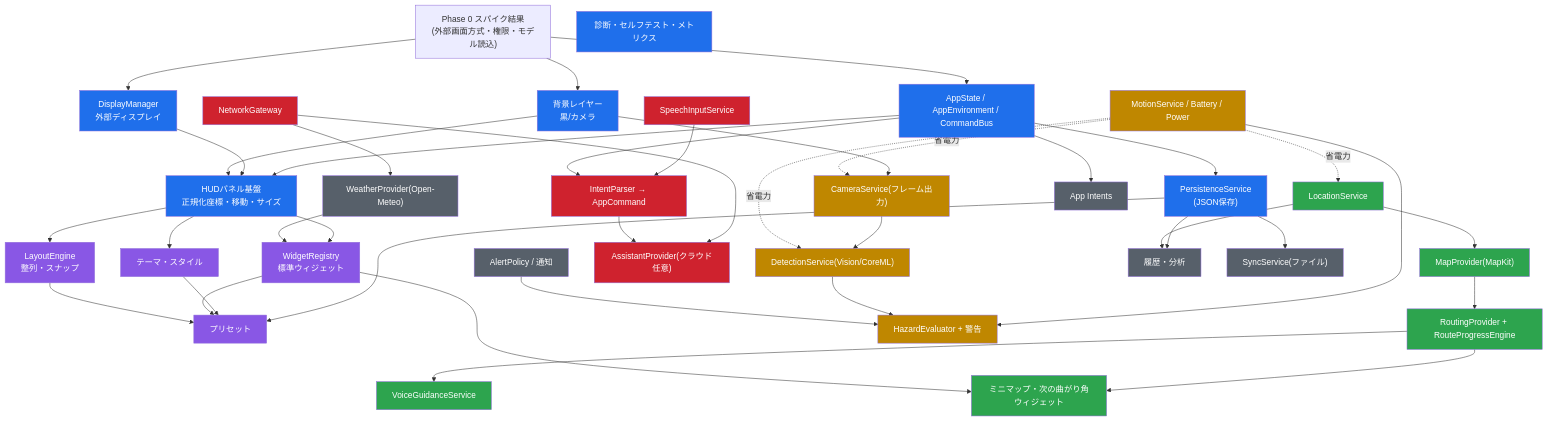
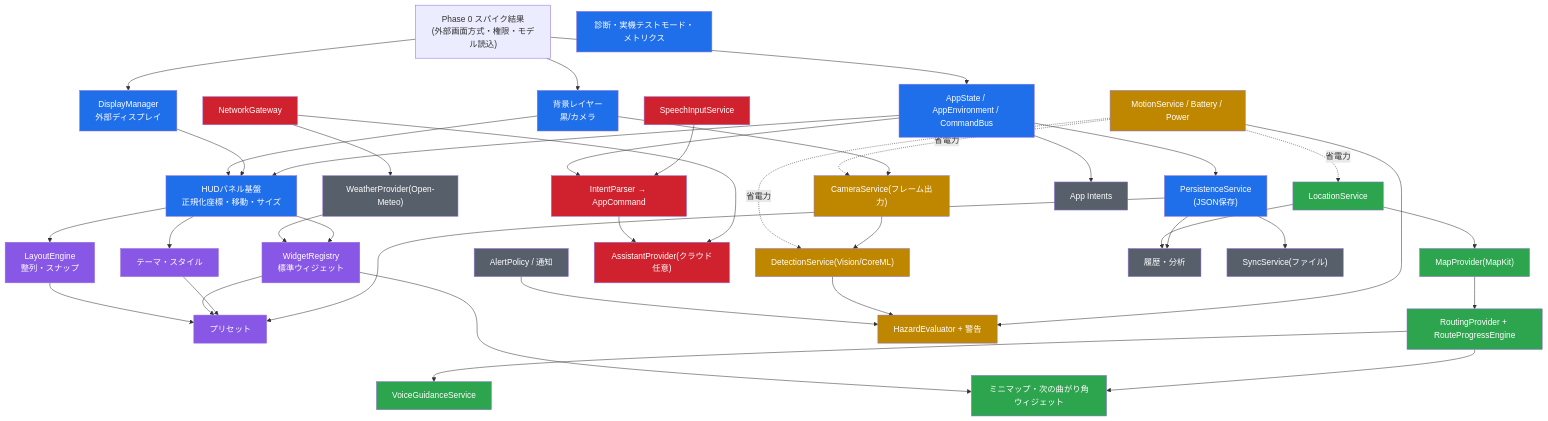
One commit to prak59459-create/VitureHUD changed the diagram in docs/07_dependency_graph.md. Above: the diagram before and after it, drawn with Mermaid. The commit also changed 14 other files, not shown here.

````diff
--- a/docs/07_dependency_graph.md
+++ b/docs/07_dependency_graph.md
@@ -5,73 +5,73 @@
 ```mermaid
 flowchart TD
     classDef p1 fill:#1f6feb,color:#fff
     classDef p2 fill:#8957e5,color:#fff
     classDef p3 fill:#2da44e,color:#fff
     classDef p4 fill:#bf8700,color:#fff
     classDef p5 fill:#cf222e,color:#fff
     classDef p6 fill:#57606a,color:#fff
 
     S0["Phase 0 スパイク結果<br/>(外部画面方式・権限・モデル読込)"]
 
     State["AppState / AppEnvironment / CommandBus"]:::p1
     Display["DisplayManager<br/>外部ディスプレイ"]:::p1
     BG["背景レイヤー<br/>黒/カメラ"]:::p1
     Panel["HUDパネル基盤<br/>正規化座標・移動・サイズ"]:::p1
     Persist["PersistenceService<br/>(JSON保存)"]:::p1
-    Diag["診断・セルフテスト・メトリクス"]:::p1
+    Diag["診断・実機テストモード・メトリクス"]:::p1
 
     Theme["テーマ・スタイル"]:::p2
     Layout["LayoutEngine<br/>整列・スナップ"]:::p2
     Widget["WidgetRegistry<br/>標準ウィジェット"]:::p2
     Preset["プリセット"]:::p2
 
     Loc["LocationService"]:::p3
     Map["MapProvider(MapKit)"]:::p3
     Route["RoutingProvider + RouteProgressEngine"]:::p3
     Voice["VoiceGuidanceService"]:::p3
     MiniMap["ミニマップ・次の曲がり角ウィジェット"]:::p3
 
     Motion["MotionService / Battery / Power"]:::p4
     Cam["CameraService(フレーム出力)"]:::p4
     Detect["DetectionService(Vision/CoreML)"]:::p4
     Hazard["HazardEvaluator + 警告"]:::p4
 
     STT["SpeechInputService"]:::p5
     Intent["IntentParser → AppCommand"]:::p5
     LLM["AssistantProvider(クラウド任意)"]:::p5
     Net["NetworkGateway"]:::p5
 
     Weather["WeatherProvider(Open-Meteo)"]:::p6
     Alert["AlertPolicy / 通知"]:::p6
     History["履歴・分析"]:::p6
     Sync["SyncService(ファイル)"]:::p6
     Intents["App Intents"]:::p6
 
     S0 --> State & Display & BG
     State --> Panel & Persist
     Display --> Panel
     BG --> Panel
     Panel --> Theme & Layout & Widget
     Persist --> Preset
     Theme & Widget & Layout --> Preset
 
     Loc --> Map --> Route --> Voice
     Route --> MiniMap
     Widget --> MiniMap
 
     Motion --> Hazard
     BG --> Cam --> Detect --> Hazard
     Alert --> Hazard
 
     STT --> Intent
     State --> Intent
     Net --> LLM
     Intent --> LLM
 
     Net --> Weather --> Widget
     Persist --> History & Sync
     Loc --> History
     State --> Intents
 
     Motion -.省電力.-> Cam & Detect & Loc
 ```
````
